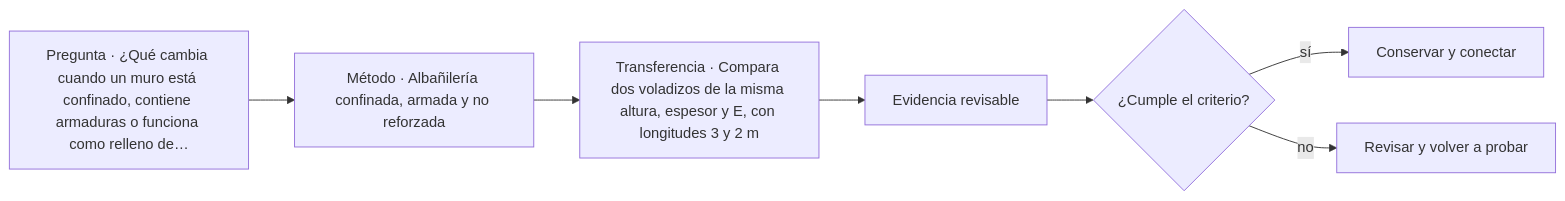
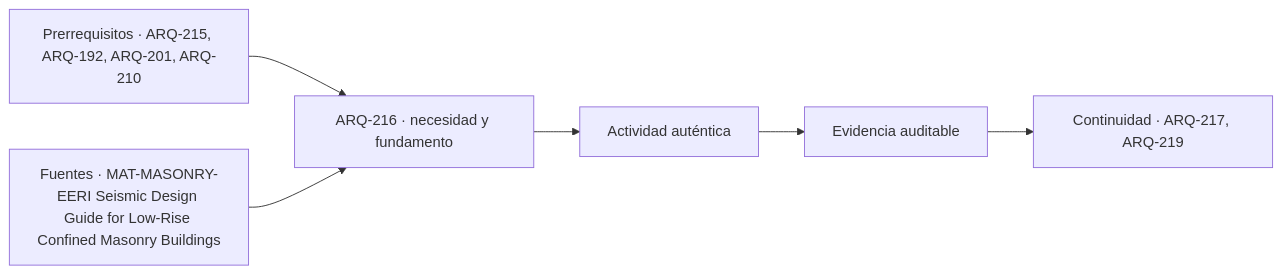
Before and after one commit to vladimiracunadev-create/architecture-built-environment-learning-program: the diagram in classes/parte-22/ARQ-216.md, drawn with Mermaid. The commit also changed other lines of this file and 761 other files, not shown here.

````diff
--- a/classes/parte-22/ARQ-216.md
+++ b/classes/parte-22/ARQ-216.md
@@ -101,9 +113,8 @@
 ```mermaid
 flowchart LR
-    Q["Pregunta · ¿Qué cambia cuando un muro está confinado, contiene armaduras o funciona como relleno de…"] --> M["Método · Albañilería confinada, armada y no reforzada"]
-    M --> P["Transferencia · Compara dos voladizos de la misma altura, espesor y E, con longitudes 3 y 2 m"]
-    P --> E["Evidencia revisable"]
-    E --> C{"¿Cumple el criterio?"}
-    C -->|sí| T["Conservar y conectar"]
-    C -->|no| R["Revisar y volver a probar"]
+    A["Prerrequisitos · ARQ-215, ARQ-192, ARQ-201, ARQ-210"] --> B["ARQ-216 · necesidad y fundamento"]
+    S["Fuentes · MAT-MASONRY-EERI Seismic Design Guide for Low-Rise Confined Masonry Buildings"] --> B
+    B --> C["Actividad auténtica"]
+    C --> D["Evidencia auditable"]
+    D --> E["Continuidad · ARQ-217, ARQ-219"]
 ```
````
